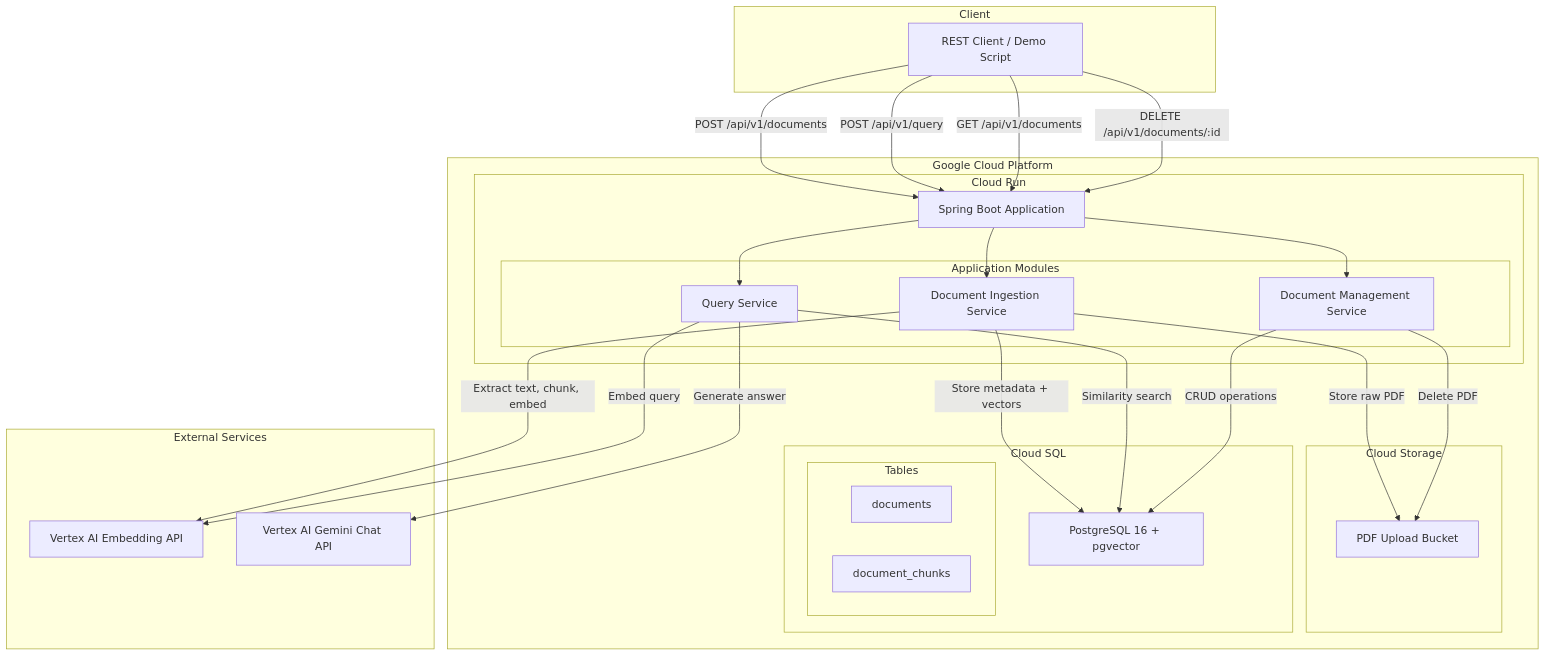
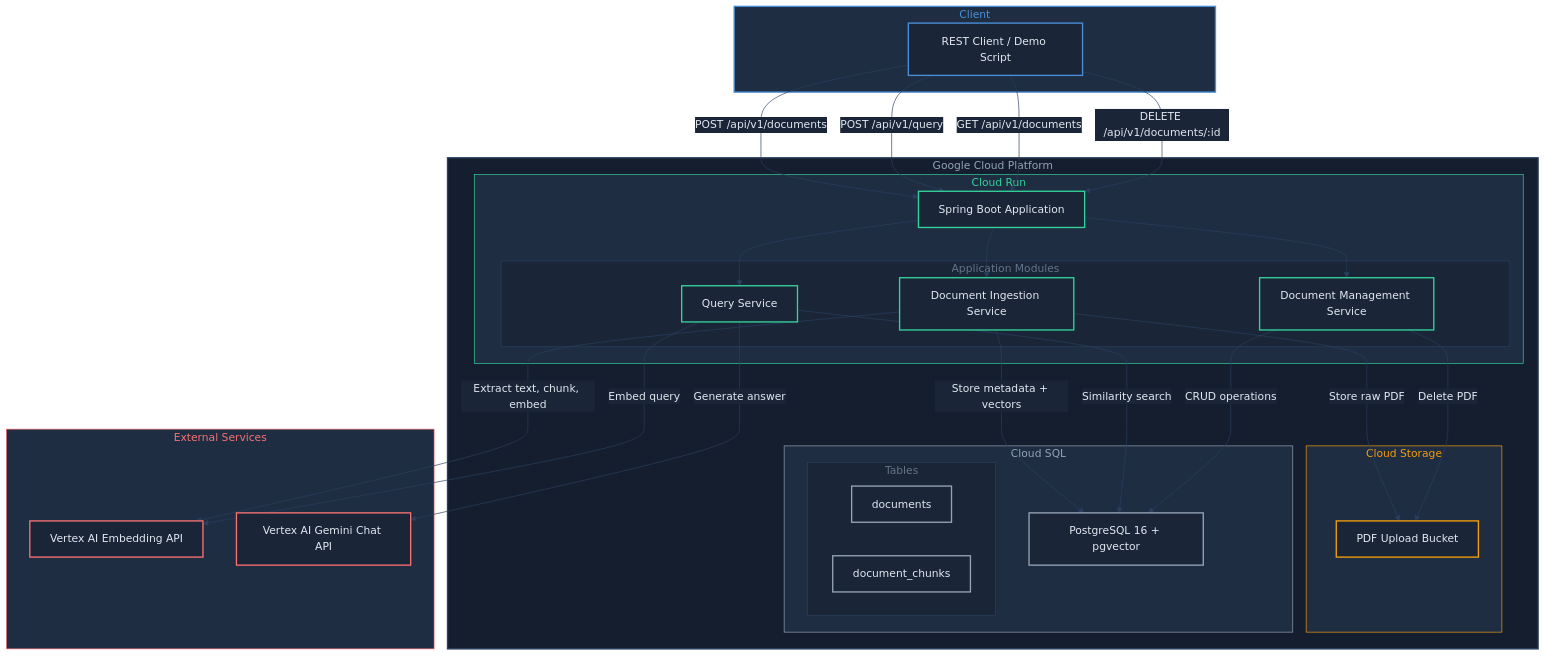
One commit to jking-ai/classroom-clarity-rag changed the diagram in docs/architecture.md. Above: the diagram before and after it, drawn with Mermaid. The commit also changed 2 other files, not shown here.

Commit message:
Colors on mermaid diagrams

````diff
--- a/docs/architecture.md
+++ b/docs/architecture.md
@@ -5,35 +5,50 @@
 ```mermaid
+%%{init: {'theme': 'base', 'themeVariables': {
+  'darkMode': true,
+  'background': '#0f1724',
+  'primaryColor': '#1a2538',
+  'primaryTextColor': '#e2e8f0',
+  'primaryBorderColor': '#2a3f5f',
+  'lineColor': '#4a90d9',
+  'secondaryColor': '#1e2d42',
+  'tertiaryColor': '#1e2d42',
+  'edgeLabelBackground': '#1a2538',
+  'clusterBkg': '#1e2d42',
+  'clusterBorder': '#2a3f5f',
+  'nodeTextColor': '#e2e8f0',
+  'titleColor': '#94a3b8'
+}}}%%
 flowchart TB
     subgraph Client
-        A[REST Client / Demo Script]
+        A[REST Client / Demo Script]:::blue
     end
 
     subgraph GCP["Google Cloud Platform"]
         subgraph CloudRun["Cloud Run"]
-            B[Spring Boot Application]
+            B[Spring Boot Application]:::green
             subgraph AppModules["Application Modules"]
-                C[Document Ingestion Service]
-                D[Query Service]
-                E[Document Management Service]
+                C[Document Ingestion Service]:::green
+                D[Query Service]:::green
+                E[Document Management Service]:::green
             end
         end
 
         subgraph Storage["Cloud Storage"]
-            F[PDF Upload Bucket]
+            F[PDF Upload Bucket]:::amber
         end
 
         subgraph Database["Cloud SQL"]
-            G[PostgreSQL 16 + pgvector]
+            G[PostgreSQL 16 + pgvector]:::slate
             subgraph Tables
-                H[documents]
-                I[document_chunks]
+                H[documents]:::slate
+                I[document_chunks]:::slate
             end
         end
     end
 
     subgraph External["External Services"]
-        J[Vertex AI Embedding API]
-        K[Vertex AI Gemini Chat API]
+        J[Vertex AI Embedding API]:::red
+        K[Vertex AI Gemini Chat API]:::red
     end
 
     A -- "POST /api/v1/documents" --> B
@@ -55,4 +70,21 @@
 
     E -- "CRUD operations" --> G
     E -- "Delete PDF" --> F
+
+    style Client fill:#1e2d42, stroke:#4a90d9, stroke-width:2px, color:#4a90d9
+    style GCP fill:#141e2e, stroke:#2a3f5f, stroke-width:2px, color:#94a3b8
+    style CloudRun fill:#1e2d42, stroke:#34d399, stroke-width:1px, color:#34d399
+    style AppModules fill:#1a2538, stroke:#2a3f5f, stroke-width:1px, color:#64748b
+    style Storage fill:#1e2d42, stroke:#f59e0b, stroke-width:1px, color:#f59e0b
+    style Database fill:#1e2d42, stroke:#94a3b8, stroke-width:1px, color:#94a3b8
+    style Tables fill:#1a2538, stroke:#2a3f5f, stroke-width:1px, color:#64748b
+    style External fill:#1e2d42, stroke:#f87171, stroke-width:1px, color:#f87171
+
+    classDef blue   fill:#1a2538, stroke:#4a90d9, stroke-width:2px, color:#e2e8f0;
+    classDef green  fill:#1a2538, stroke:#34d399, stroke-width:2px, color:#e2e8f0;
+    classDef amber  fill:#1a2538, stroke:#f59e0b, stroke-width:2px, color:#e2e8f0;
+    classDef red    fill:#1a2538, stroke:#f87171, stroke-width:2px, color:#e2e8f0;
+    classDef slate  fill:#1a2538, stroke:#94a3b8, stroke-width:2px, color:#e2e8f0;
+
+    linkStyle default stroke:#2a3f5f, stroke-width:1px
 ```
````
